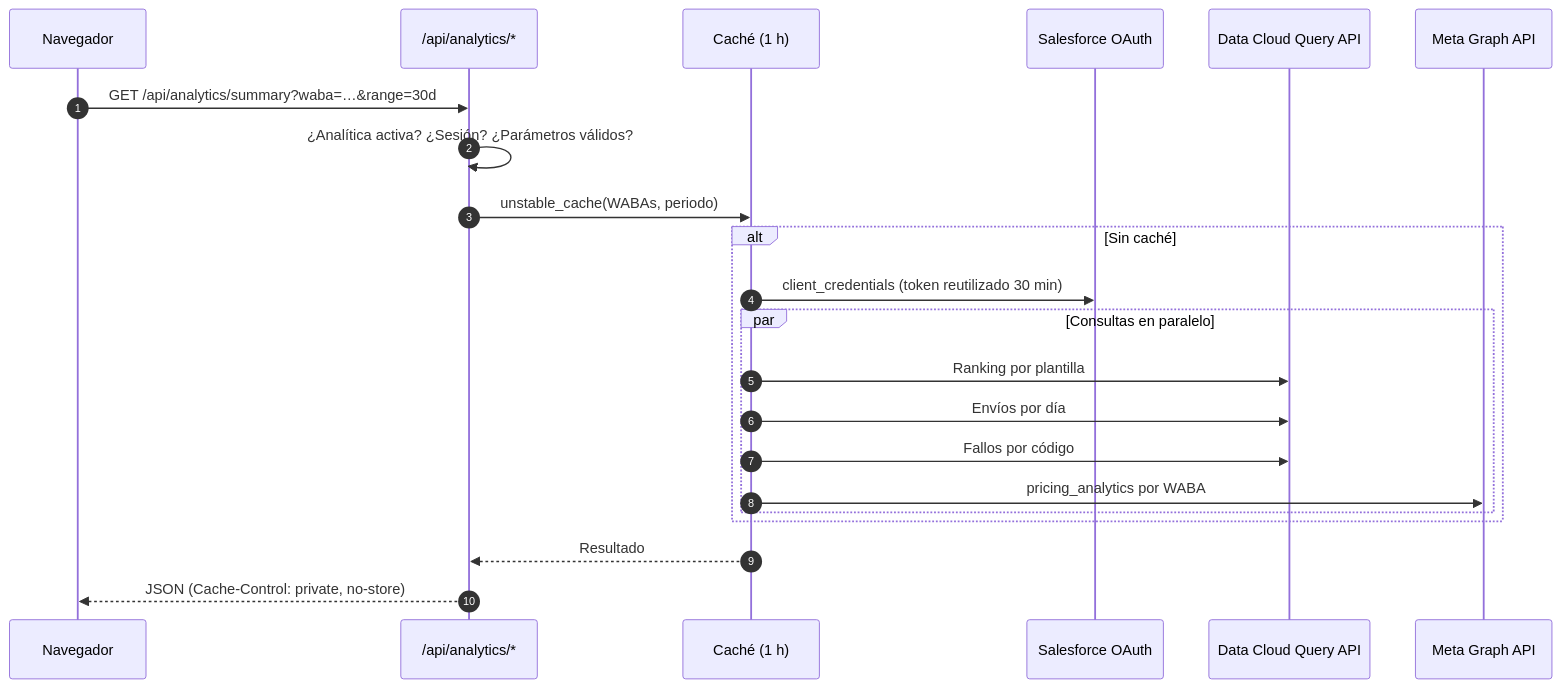
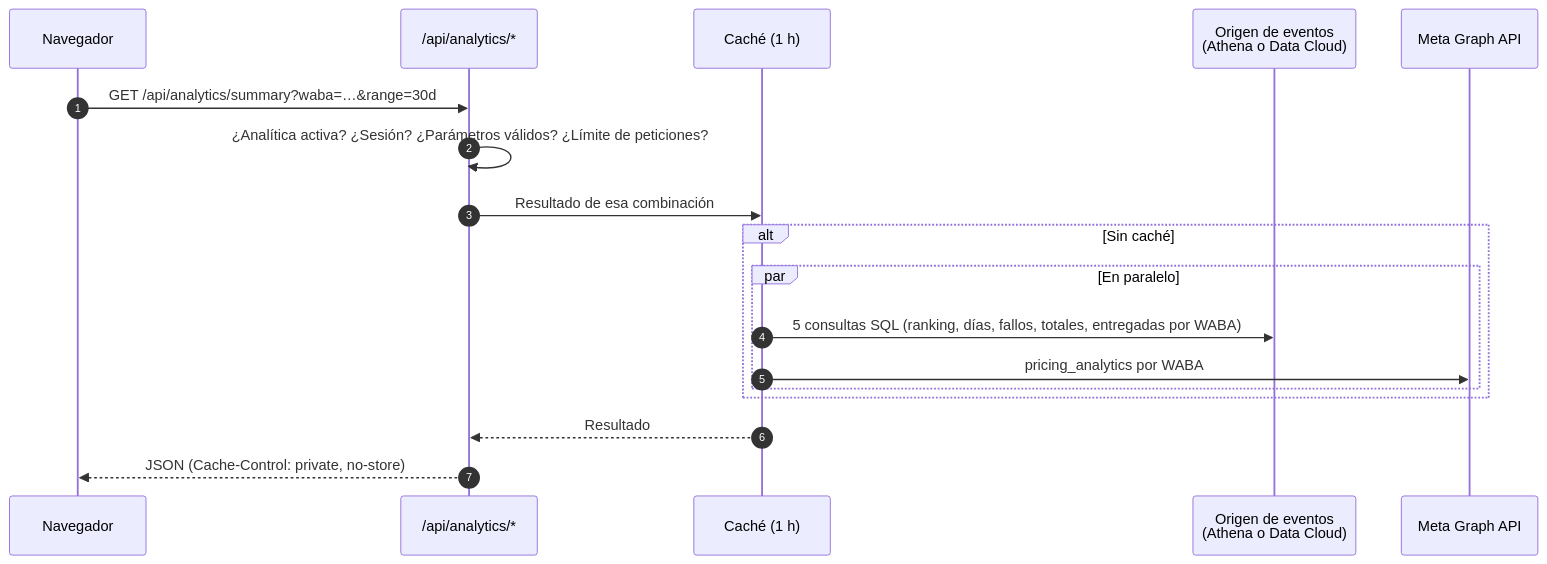
One commit to Gonzalez8/whatsapp-template-hub changed the eighth of 8 diagrams in README.md. Above: the diagram before and after it, drawn with Mermaid. The commit also changed other lines of this file and 19 other files, not shown here.

First line of the commit message:
refactor(analytics): ordenar el código y la documentación tras añadir Athena

````diff
--- a/README.md
+++ b/README.md
@@ -443,25 +481,21 @@
 ```mermaid
 sequenceDiagram
     autonumber
     participant N as Navegador
     participant R as /api/analytics/*
     participant C as Caché (1 h)
-    participant SF as Salesforce OAuth
-    participant DC as Data Cloud Query API
+    participant O as Origen de eventos<br/>(Athena o Data Cloud)
     participant M as Meta Graph API
 
     N->>R: GET /api/analytics/summary?waba=…&range=30d
-    R->>R: ¿Analítica activa? ¿Sesión? ¿Parámetros válidos?
-    R->>C: unstable_cache(WABAs, periodo)
+    R->>R: ¿Analítica activa? ¿Sesión? ¿Parámetros válidos? ¿Límite de peticiones?
+    R->>C: Resultado de esa combinación
     alt Sin caché
-        C->>SF: client_credentials (token reutilizado 30 min)
-        par Consultas en paralelo
-            C->>DC: Ranking por plantilla
-            C->>DC: Envíos por día
-            C->>DC: Fallos por código
+        par En paralelo
+            C->>O: 5 consultas SQL (ranking, días, fallos, totales, entregadas por WABA)
             C->>M: pricing_analytics por WABA
         end
     end
     C-->>R: Resultado
     R-->>N: JSON (Cache-Control: private, no-store)
 ```
````
